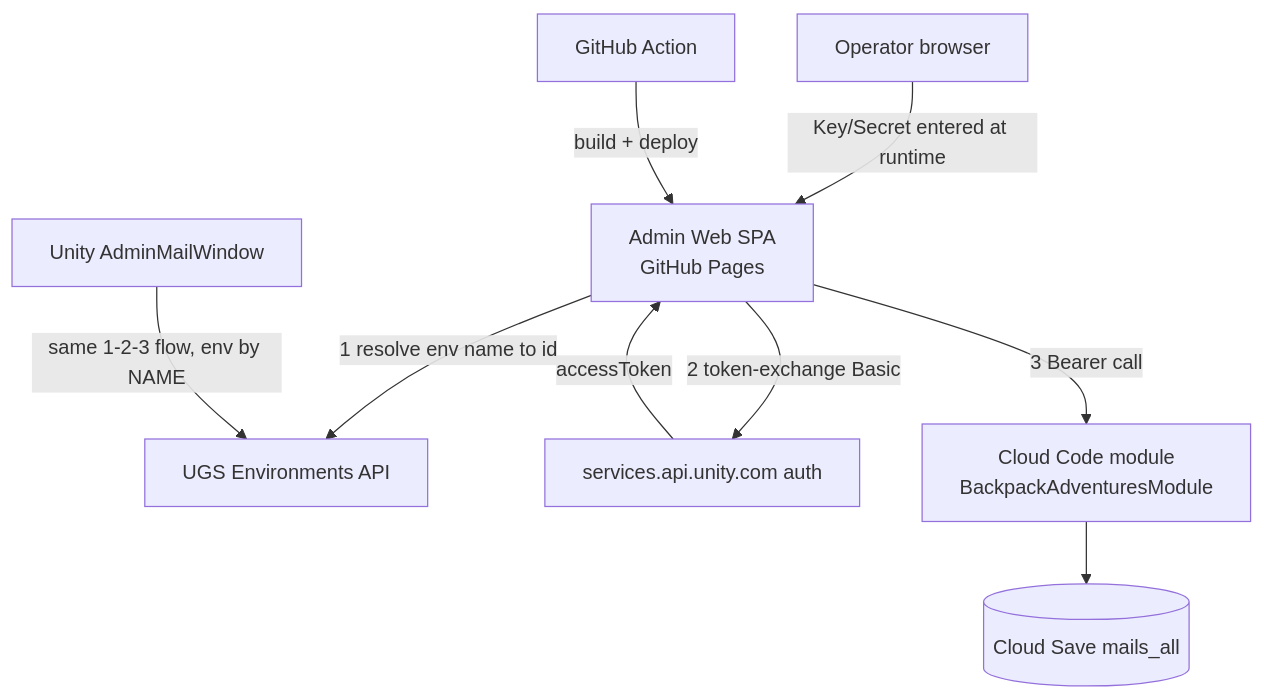
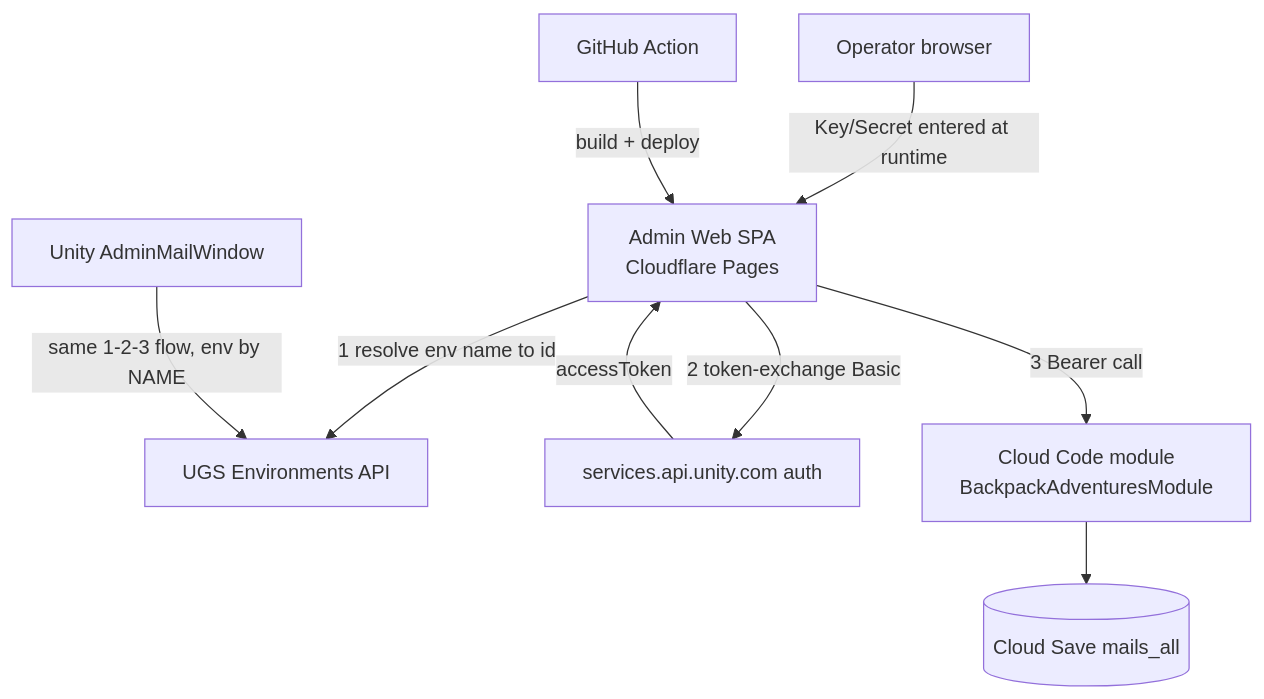
Before and after one commit to BuzzleStudio/GameServer: the diagram in Devlog_AdminWeb_Mailbox.md, drawn with Mermaid. The commit also changed other lines of this file and 8 other files, not shown here.

First line of the commit message:
ci(adminweb): deploy to Cloudflare Pages, drop GitHub Pages

````diff
--- a/Devlog_AdminWeb_Mailbox.md
+++ b/Devlog_AdminWeb_Mailbox.md
@@ -96,11 +96,11 @@
 ```mermaid
 flowchart TD
-    OP[Operator browser] -->|Key/Secret entered at runtime| SPA[Admin Web SPA<br/>GitHub Pages]
+    OP[Operator browser] -->|Key/Secret entered at runtime| SPA[Admin Web SPA<br/>Cloudflare Pages]
     SPA -->|1 resolve env name to id| ENVAPI[UGS Environments API]
     SPA -->|2 token-exchange Basic| TOK[services.api.unity.com auth]
     TOK -->|accessToken| SPA
     SPA -->|3 Bearer call| CC[Cloud Code module<br/>BackpackAdventuresModule]
     CC --> CS[(Cloud Save mails_all)]
     EDITOR[Unity AdminMailWindow] -->|same 1-2-3 flow, env by NAME| ENVAPI
     GHA[GitHub Action] -->|build + deploy| SPA
 ```
````
